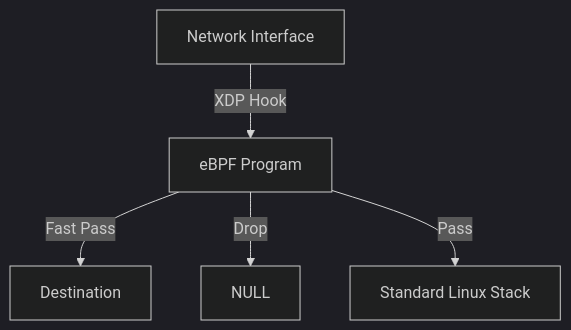
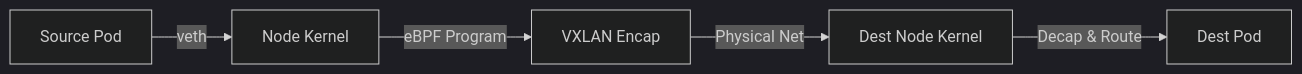
One commit to Dev10-sys/cilium-pillar-pages-proposal changed the third of 7 diagrams in proposals/LFX_Mentorship_Proposal.md. Above: the diagram before and after it, drawn with Mermaid (dark theme). The commit also changed other lines of this file, not shown here.

Commit message:
Expand local proposal with full 8-pillar technical breakdown and Mermaid diagrams

````diff
--- a/proposals/LFX_Mentorship_Proposal.md
+++ b/proposals/LFX_Mentorship_Proposal.md
@@ -326,7 +179,7 @@
 ```mermaid
-flowchart TD
-    NIC[Network Interface] -->|XDP Hook| eBPF[eBPF Program]
-    eBPF -->|Fast Pass| Dest[Destination]
-    eBPF -->|Drop| NULL
-    eBPF -->|Pass| Stack[Standard Linux Stack]
+flowchart LR
+    PodA[Source Pod] -->|veth| Host[Node Kernel]
+    Host -->|eBPF Program| Tunnel[VXLAN Encap]
+    Tunnel -->|Physical Net| DestNode[Dest Node Kernel]
+    DestNode -->|Decap & Route| PodB[Dest Pod]
 ```
````
